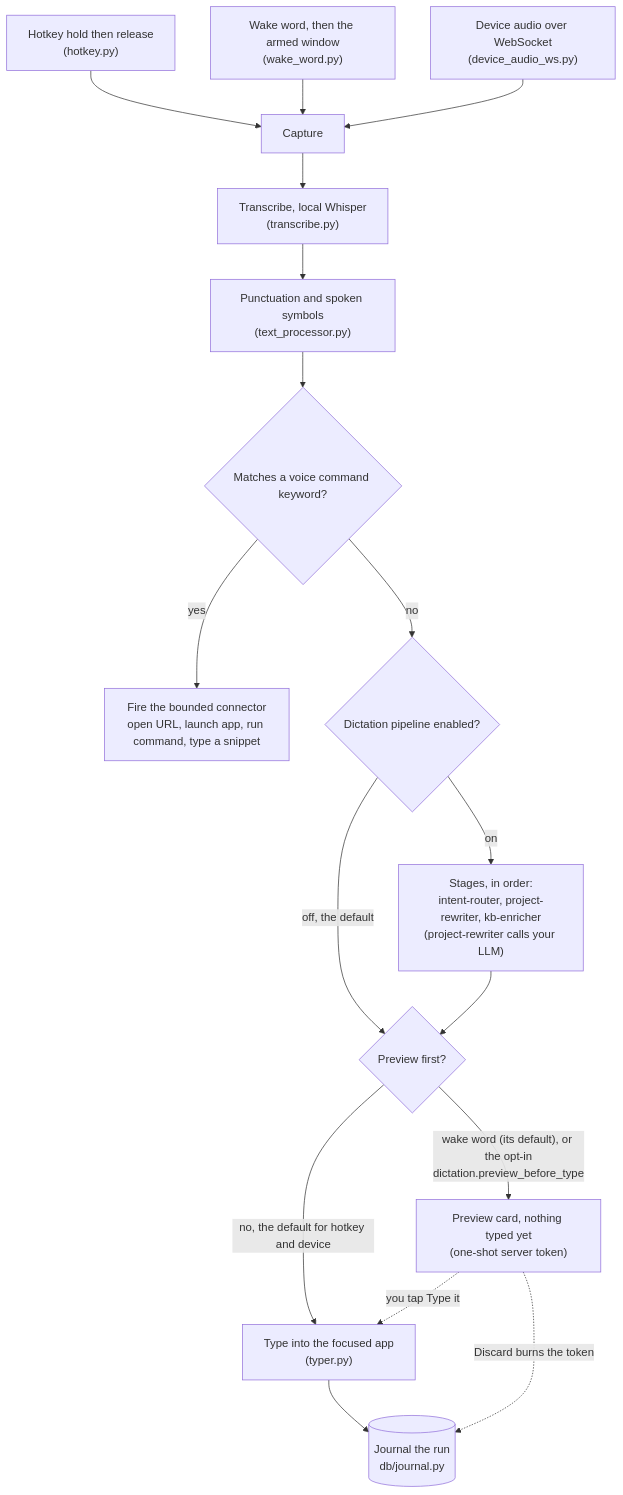
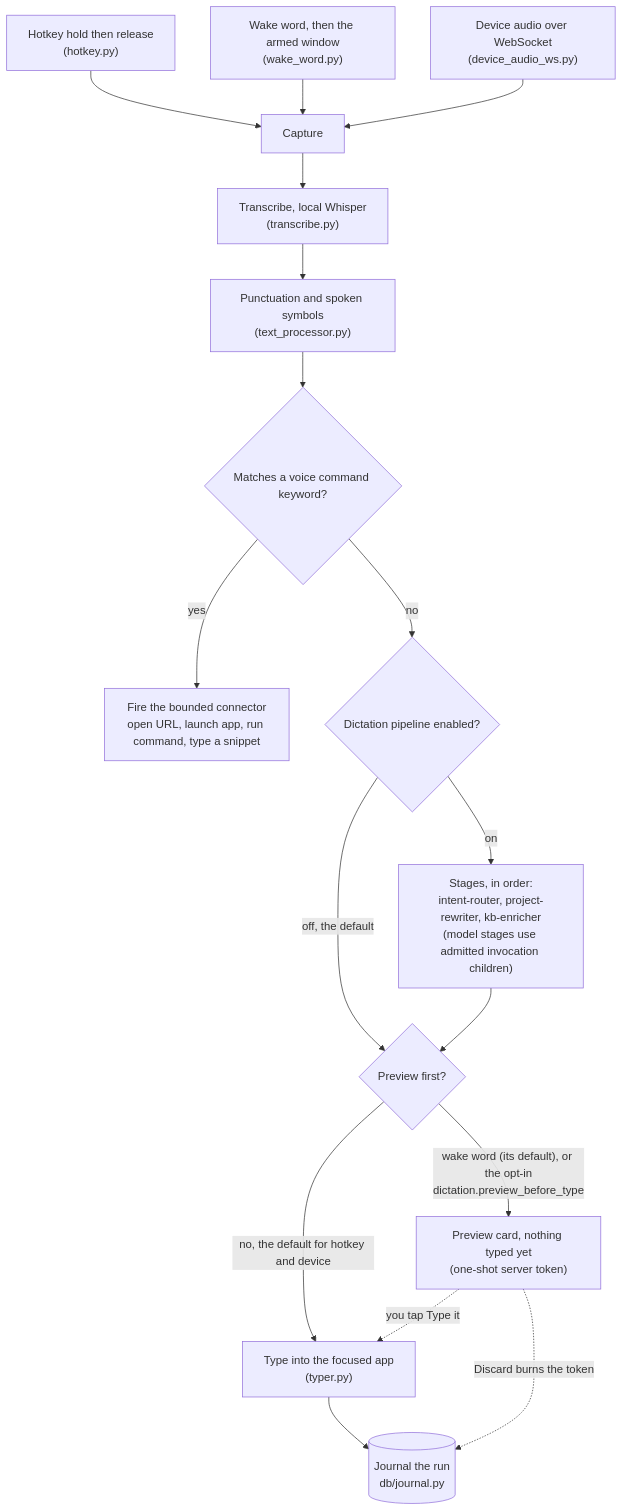
One commit to karolswdev/HoldSpeak changed the second of 10 diagrams in docs/ARCHITECTURE.md. Above: the diagram before and after it, drawn with Mermaid. The commit also changed other lines of this file and 9 other files, not shown here.

````diff
--- a/docs/ARCHITECTURE.md
+++ b/docs/ARCHITECTURE.md
@@ -119,19 +189,19 @@
 ```mermaid
 flowchart TD
   HK["Hotkey hold then release<br/>(hotkey.py)"] --> CAP
   WW["Wake word, then the armed window<br/>(wake_word.py)"] --> CAP
   DEV["Device audio over WebSocket<br/>(device_audio_ws.py)"] --> CAP
   CAP["Capture"] --> TR["Transcribe, local Whisper<br/>(transcribe.py)"]
   TR --> PUNC["Punctuation and spoken symbols<br/>(text_processor.py)"]
   PUNC --> VC{"Matches a voice command keyword?"}
   VC -- yes --> FIRE["Fire the bounded connector<br/>open URL, launch app, run command, type a snippet"]
   VC -- no --> PIPE{"Dictation pipeline enabled?"}
   PIPE -- "off, the default" --> FORK
-  PIPE -- "on" --> STAGES["Stages, in order:<br/>intent-router, project-rewriter, kb-enricher<br/>(project-rewriter calls your LLM)"]
+  PIPE -- "on" --> STAGES["Stages, in order:<br/>intent-router, project-rewriter, kb-enricher<br/>(model stages use admitted invocation children)"]
   STAGES --> FORK{"Preview first?"}
   FORK -- "no, the default for hotkey and device" --> TYPE["Type into the focused app<br/>(typer.py)"]
   FORK -- "wake word (its default), or the opt-in<br/>dictation.preview_before_type" --> PREVIEW["Preview card, nothing typed yet<br/>(one-shot server token)"]
   PREVIEW -. "you tap Type it" .-> TYPE
   PREVIEW -. "Discard burns the token" .-> J
   TYPE --> J[("Journal the run<br/>db/journal.py")]
 ```
````
